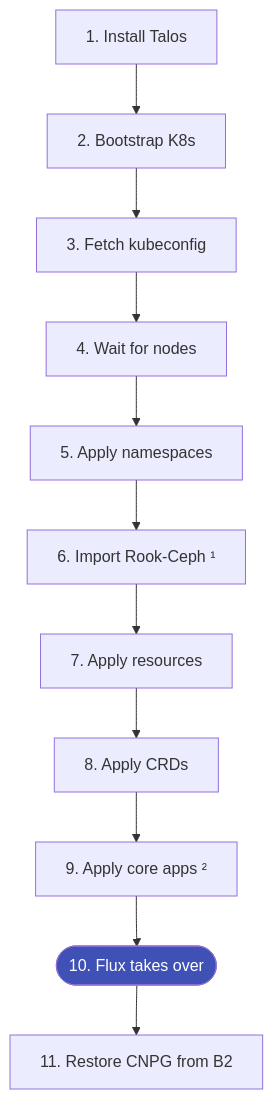
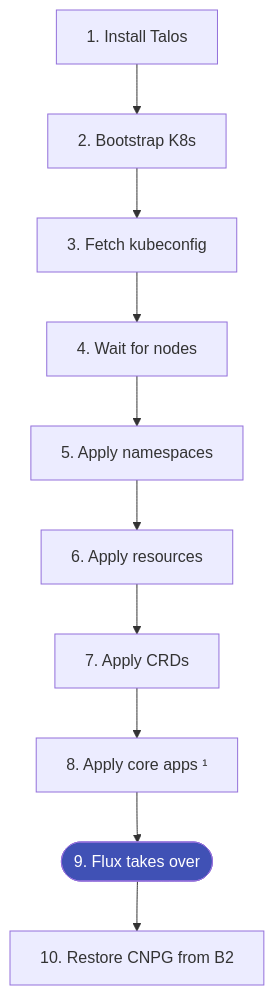
Before and after one commit to tscibilia/home-ops: the diagram in docs/bootstrap.md, drawn with Mermaid. The commit also changed other lines of this file and 10 other files, not shown here.

````diff
--- a/docs/bootstrap.md
+++ b/docs/bootstrap.md
@@ -14,15 +14,14 @@
 ```mermaid
 flowchart TD
     A["1. Install Talos"] --> B["2. Bootstrap K8s"]
     B --> C["3. Fetch kubeconfig"]
     C --> D["4. Wait for nodes"]
     D --> E["5. Apply namespaces"]
-    E --> F["6. Import Rook-Ceph ¹"]
-    F --> G["7. Apply resources"]
-    G --> H["8. Apply CRDs"]
-    H --> I["9. Apply core apps ²"]
-    I --> J(["10. Flux takes over"])
-    J --> K["11. Restore CNPG from B2"]
+    E --> F["6. Apply resources"]
+    F --> G["7. Apply CRDs"]
+    G --> H["8. Apply core apps ¹"]
+    H --> I(["9. Flux takes over"])
+    I --> J["10. Restore CNPG from B2"]
 
-    style J fill:#4051b5,color:#fff
+    style I fill:#4051b5,color:#fff
 ```
````
